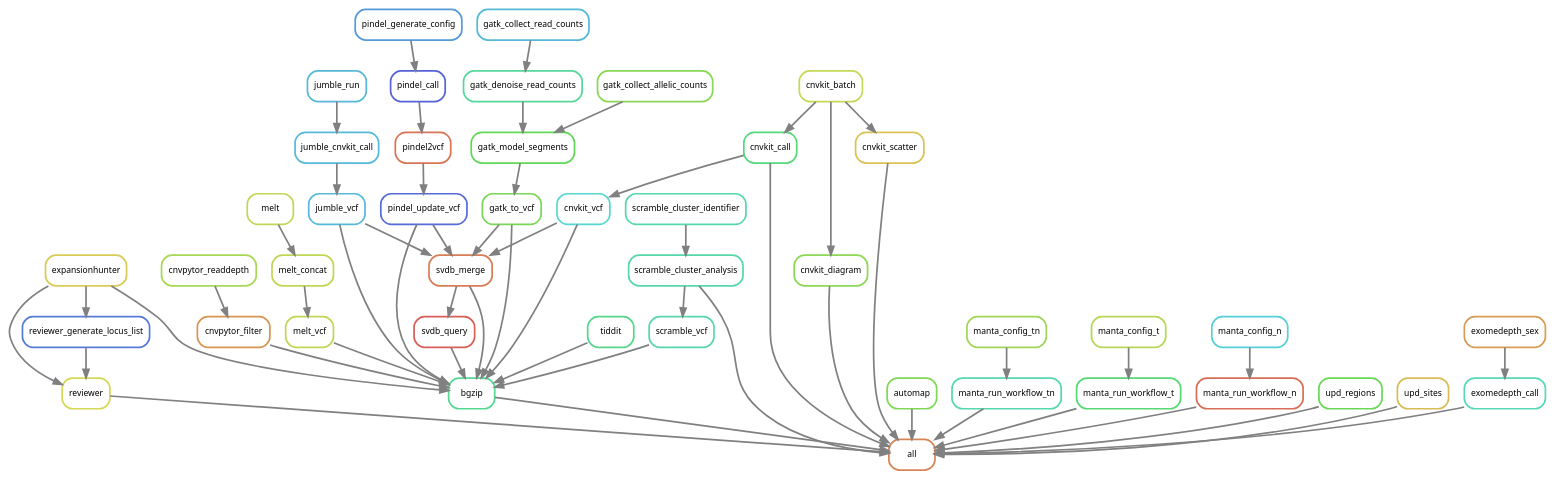
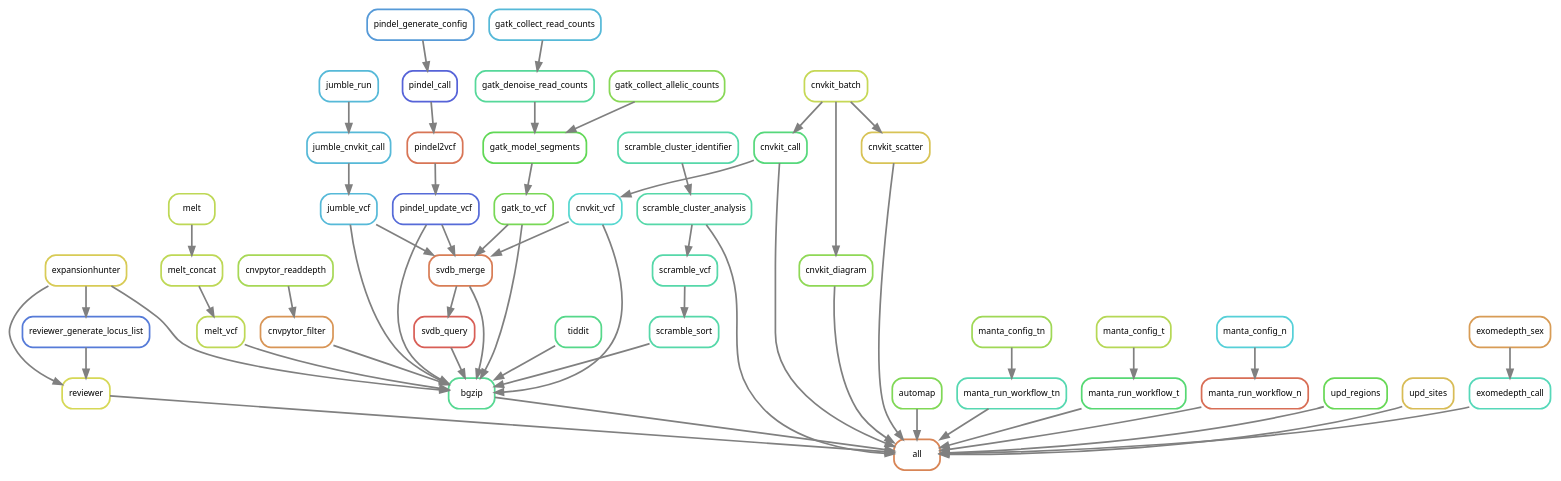
The diagram in docs/images/cnv_sv_short_read_dag.dot (hydra-genetics/cnv_sv), drawn with Graphviz before and after one commit. The commit also changed 1 other file, not shown here.

Commit message:
docs: update the rule graph

```diff
--- a/docs/images/cnv_sv_short_read_dag.dot
+++ b/docs/images/cnv_sv_short_read_dag.dot
@@ -1,103 +1,105 @@
 digraph snakemake_dag {
     graph[bgcolor=white, margin=0];
     node[shape=box, style=rounded, fontname=sans,                 fontsize=10, penwidth=2];
     edge[penwidth=2, color=grey];
 	0[label = "all", color = "0.06 0.6 0.85", style="rounded"];
 	1[label = "cnvkit_call", color = "0.38 0.6 0.85", style="rounded"];
 	2[label = "cnvkit_batch", color = "0.19 0.6 0.85", style="rounded"];
 	3[label = "cnvkit_diagram", color = "0.26 0.6 0.85", style="rounded"];
 	4[label = "cnvkit_scatter", color = "0.14 0.6 0.85", style="rounded"];
 	5[label = "bgzip", color = "0.41 0.6 0.85", style="rounded"];
 	6[label = "cnvkit_vcf", color = "0.49 0.6 0.85", style="rounded"];
 	7[label = "cnvpytor_filter", color = "0.08 0.6 0.85", style="rounded"];
 	8[label = "cnvpytor_readdepth", color = "0.23 0.6 0.85", style="rounded"];
 	9[label = "expansionhunter", color = "0.15 0.6 0.85", style="rounded"];
 	10[label = "gatk_to_vcf", color = "0.29 0.6 0.85", style="rounded"];
 	11[label = "gatk_model_segments", color = "0.32 0.6 0.85", style="rounded"];
 	12[label = "gatk_collect_allelic_counts", color = "0.27 0.6 0.85", style="rounded"];
 	13[label = "gatk_denoise_read_counts", color = "0.42 0.6 0.85", style="rounded"];
 	14[label = "gatk_collect_read_counts", color = "0.54 0.6 0.85", style="rounded"];
     35[label = "jumble_run", color = "0.54 0.6 0.85", style="rounded"];
     36[label = "jumble_cnvkit_call", color = "0.54 0.6 0.85", style="rounded"];
     37[label = "jumble_vcf", color = "0.54 0.6 0.85", style="rounded"];
 	15[label = "svdb_merge", color = "0.05 0.6 0.85", style="rounded"];
 	16[label = "pindel_update_vcf", color = "0.64 0.6 0.85", style="rounded"];
 	17[label = "pindel2vcf", color = "0.04 0.6 0.85", style="rounded"];
 	18[label = "pindel_call", color = "0.65 0.6 0.85", style="rounded"];
 	19[label = "pindel_generate_config", color = "0.58 0.6 0.85", style="rounded"];
 	20[label = "svdb_query", color = "0.01 0.6 0.85", style="rounded"];
 	21[label = "exomedepth_sex", color = "0.09 0.6 0.85", style="rounded"];
 	22[label = "tiddit", color = "0.40 0.6 0.85", style="rounded"];
 	23[label = "reviewer", color = "0.17 0.6 0.85", style="rounded"];
 	24[label = "reviewer_generate_locus_list", color = "0.62 0.6 0.85", style="rounded"];
 	25[label = "automap", color = "0.28 0.6 0.85", style="rounded"];
 	26[label = "manta_run_workflow_tn", color = "0.45 0.6 0.85", style="rounded"];
 	27[label = "manta_config_tn", color = "0.24 0.6 0.85", style="rounded"];
 	28[label = "manta_run_workflow_t", color = "0.37 0.6 0.85", style="rounded"];
 	29[label = "manta_config_t", color = "0.21 0.6 0.85", style="rounded"];
 	30[label = "manta_run_workflow_n", color = "0.03 0.6 0.85", style="rounded"];
 	31[label = "manta_config_n", color = "0.51 0.6 0.85", style="rounded"];
 	32[label = "upd_regions", color = "0.31 0.6 0.85", style="rounded"];
 	33[label = "upd_sites", color = "0.13 0.6 0.85", style="rounded"];
 	34[label = "exomedepth_call", color = "0.46 0.6 0.85", style="rounded"];
 	38[label = "melt", color = "0.20 0.6 0.85", style="rounded"];
 	39[label = "melt_concat", color = "0.20 0.6 0.85", style="rounded"];
 	40[label = "melt_vcf", color = "0.20 0.6 0.85", style="rounded"];
 	41[label = "scramble_cluster_identifier", color = "0.44 0.6 0.85", style="rounded"];
 	42[label = "scramble_cluster_analysis", color = "0.44 0.6 0.85", style="rounded"];
 	43[label = "scramble_vcf", color = "0.44 0.6 0.85", style="rounded"];
+	44[label = "scramble_sort", color = "0.44 0.6 0.85", style="rounded"];
     35 -> 36
     36 -> 37
     37 -> 15
     37 -> 5
 	30 -> 0
 	28 -> 0
 	1 -> 0
 	5 -> 0
 	3 -> 0
 	26 -> 0
 	25 -> 0
 	32 -> 0
 	34 -> 0
 	33 -> 0
 	4 -> 0
 	23 -> 0
 	42 -> 0
 	2 -> 1
 	2 -> 3
 	2 -> 4
 	20 -> 5
 	22 -> 5
 	15 -> 5
 	10 -> 5
 	7 -> 5
 	6 -> 5
 	16 -> 5
 	9 -> 5
 	1 -> 6
 	8 -> 7
 	11 -> 10
 	13 -> 11
 	12 -> 11
 	14 -> 13
 	6 -> 15
 	16 -> 15
 	10 -> 15
 	17 -> 16
 	18 -> 17
 	19 -> 18
 	15 -> 20
 	9 -> 23
 	24 -> 23
 	9 -> 24
 	27 -> 26
 	29 -> 28
 	31 -> 30
 	21 -> 34
 	38 -> 39
 	39 -> 40
 	40 -> 5
 	41 -> 42
 	42 -> 43
-	43 -> 5
+	43 -> 44
+	44 -> 5
 }
```
